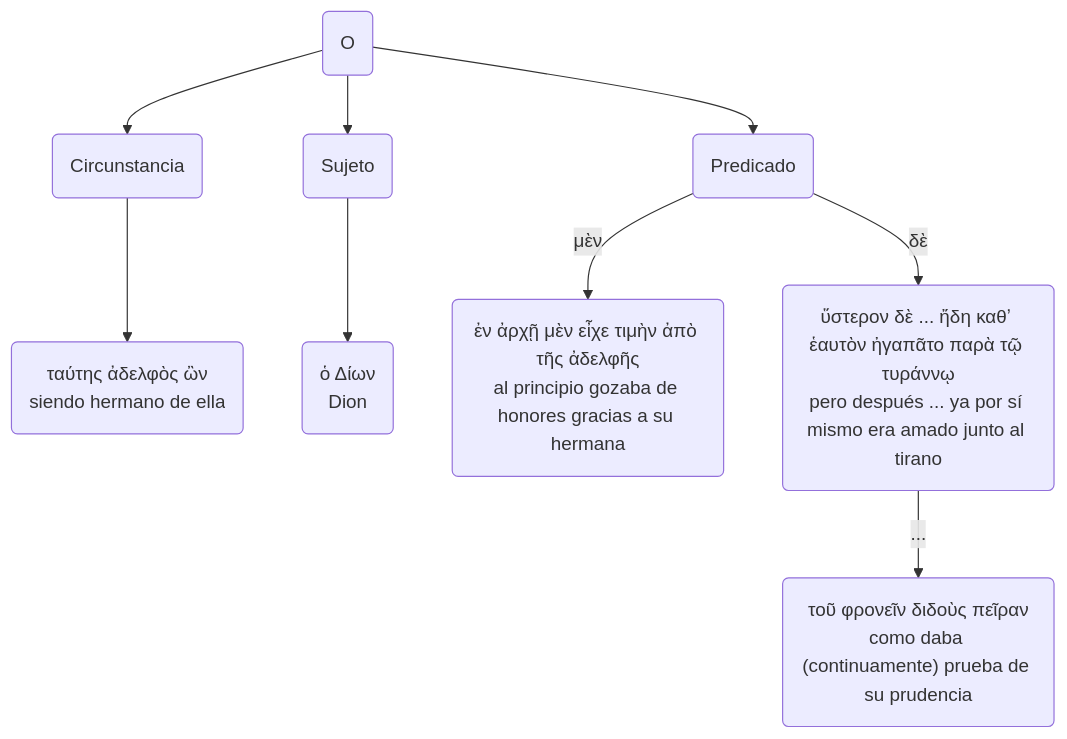
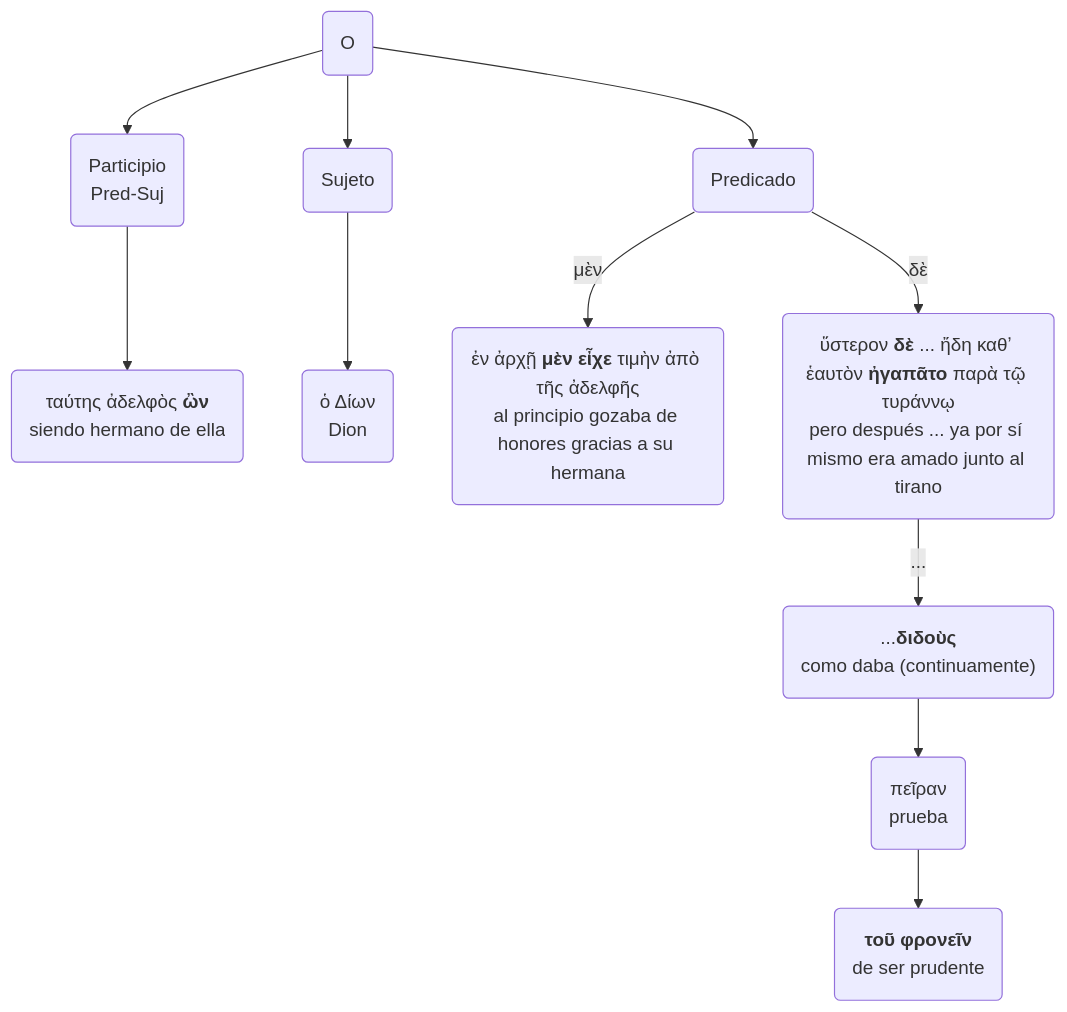
Before and after one commit to pajaro1966/Asignaturas: diagram 20 of 54 in docs/Plutarch_Dion/Dion.md, drawn with Mermaid. The commit also changed other lines of this file and 79 other files, not shown here.

````diff
--- a/docs/Plutarch_Dion/Dion.md
+++ b/docs/Plutarch_Dion/Dion.md
@@ -418,17 +471,16 @@
     ```mermaid
     graph TB
 
     A("O")
-    A-->A1("Circunstancia")-->A11("ταύτης ἀδελφὸς ὢν
+    A-->A1("Participio<br>Pred-Suj")-->A11("ταύτης ἀδελφὸς <b>ὢν</b>
     siendo hermano de ella")
     A-->A21("Sujeto")-->A2("ὁ Δίων
     Dion")
     A-->A0("Predicado")
-    A0-->|"μὲν"|A3("ἐν ἀρχῇ μὲν εἶχε τιμὴν ἀπὸ τῆς ἀδελφῆς
+    A0-->|"μὲν"|A3("ἐν ἀρχῇ <b>μὲν</b> <b>εἶχε</b> τιμὴν ἀπὸ τῆς ἀδελφῆς
     al principio gozaba de honores gracias a su hermana")
-    A0-->|"δὲ"|A4("ὕστερον δὲ ... ἤδη καθʼ ἑαυτὸν ἠγαπᾶτο παρὰ τῷ τυράννῳ
+    A0-->|"δὲ"|A4("ὕστερον <b>δὲ</b> ... ἤδη καθʼ ἑαυτὸν <b>ἠγαπᾶτο</b> παρὰ τῷ τυράννῳ
     pero después ... ya por sí mismo era amado junto al tirano")
-    A4-->|"..."|A41("τοῦ φρονεῖν διδοὺς πεῖραν
-    como daba (continuamente) prueba de su prudencia")
+    A4-->|"..."|A41("...<b>διδοὺς</b><br>como daba (continuamente)")-->A411("πεῖραν<br> prueba")-->A4111("<b>τοῦ φρονεῖν</b><br>de ser prudente")
 
     ```
````
